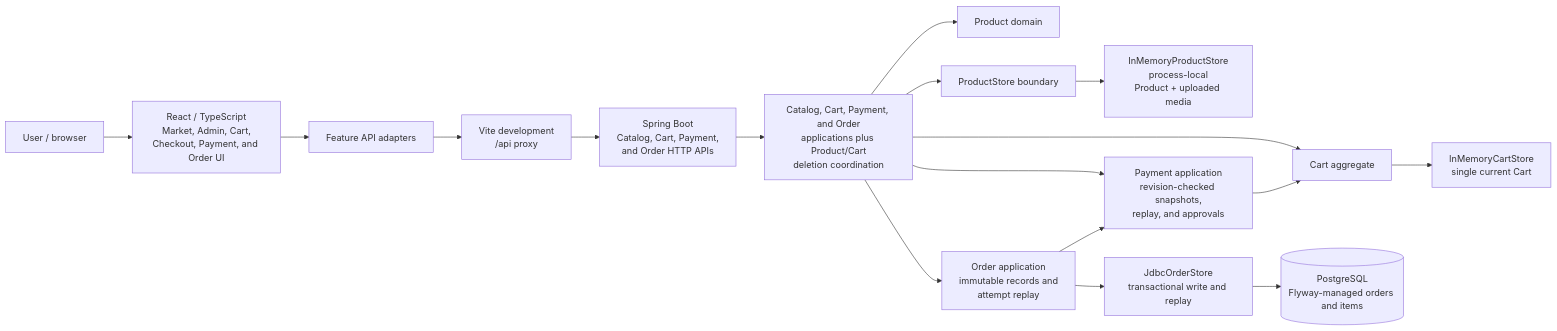
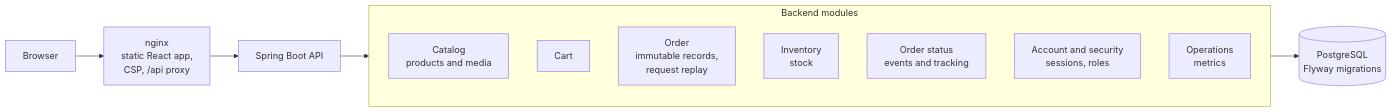
Before and after one commit to Samska/samska-sandbox: the diagram in README.md, drawn with Mermaid. The commit also changed other lines of this file and 348 other files, not shown here.

````diff
--- a/README.md
+++ b/README.md
@@ -71,19 +66,16 @@
 ```mermaid
 flowchart LR
-    User[User / browser] --> UI[React / TypeScript<br/>Market, Admin, Cart,<br/>Checkout, Payment, and Order UI]
-    UI --> Adapter[Feature API adapters]
-    Adapter --> Proxy[Vite development<br/>/api proxy]
-    Proxy --> HTTP[Spring Boot<br/>Catalog, Cart, Payment,<br/>and Order HTTP APIs]
-    HTTP --> App[Catalog, Cart, Payment, and Order<br/>applications plus Product/Cart<br/>deletion coordination]
-    App --> Domain[Product domain]
-    App --> Store[ProductStore boundary]
-    Store --> Memory[InMemoryProductStore<br/>process-local<br/>Product + uploaded media]
-    App --> Cart[Cart aggregate]
-    Cart --> CartMemory[InMemoryCartStore<br/>single current Cart]
-    App --> Payment[Payment application<br/>revision-checked snapshots,<br/>replay, and approvals]
-    Payment --> Cart
-    App --> Order[Order application<br/>immutable records and<br/>attempt replay]
-    Order --> Payment
-    Order --> Jdbc[JdbcOrderStore<br/>transactional write and replay]
-    Jdbc --> Postgres[(PostgreSQL<br/>Flyway-managed orders and items)]
+    Browser[Browser] --> Web[nginx<br/>static React app,<br/>CSP, /api proxy]
+    Web --> API[Spring Boot API]
+    subgraph Monolith[Backend modules]
+        Catalog[Catalog<br/>products and media]
+        Cart[Cart]
+        Order[Order<br/>immutable records,<br/>request replay]
+        Inventory[Inventory<br/>stock]
+        Shipping[Order status<br/>events and tracking]
+        Account[Account and security<br/>sessions, roles]
+        Ops[Operations<br/>metrics]
+    end
+    API --> Monolith
+    Monolith --> DB[(PostgreSQL<br/>Flyway migrations)]
 ```
````
